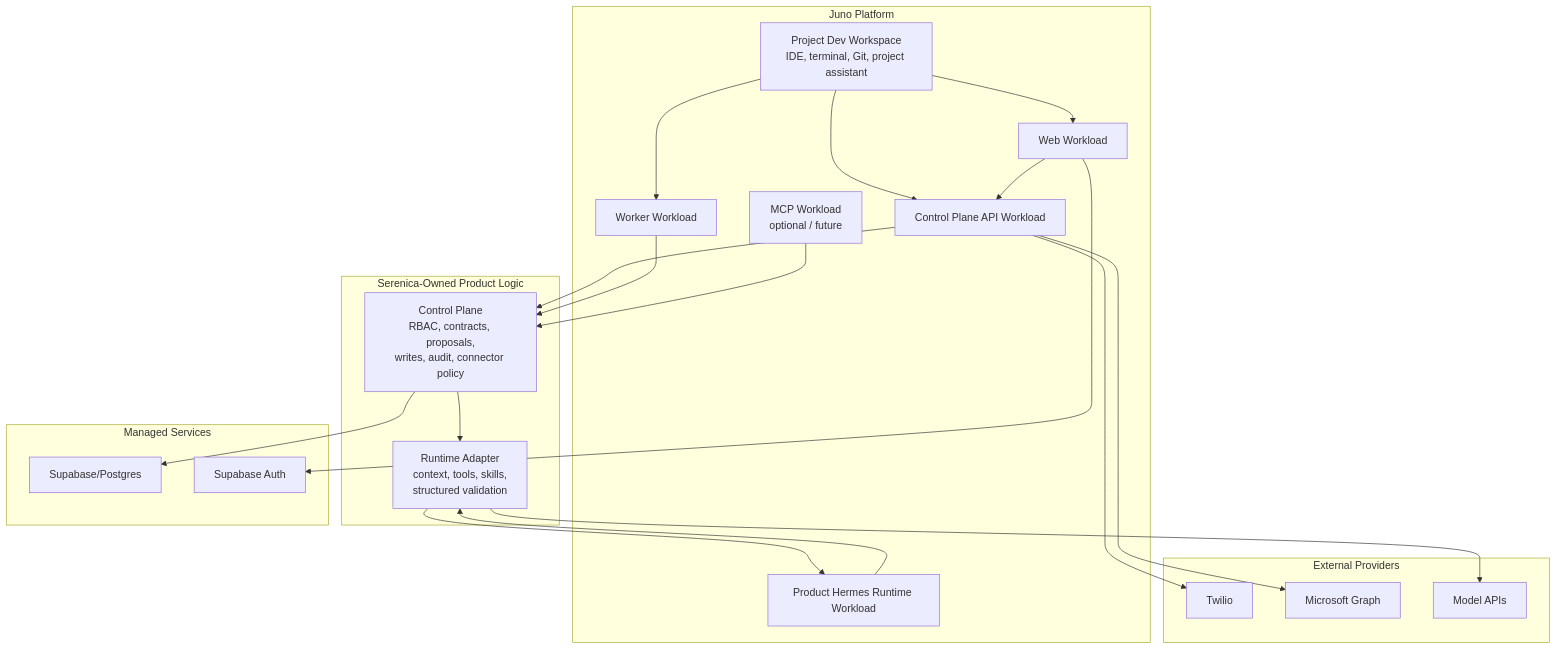
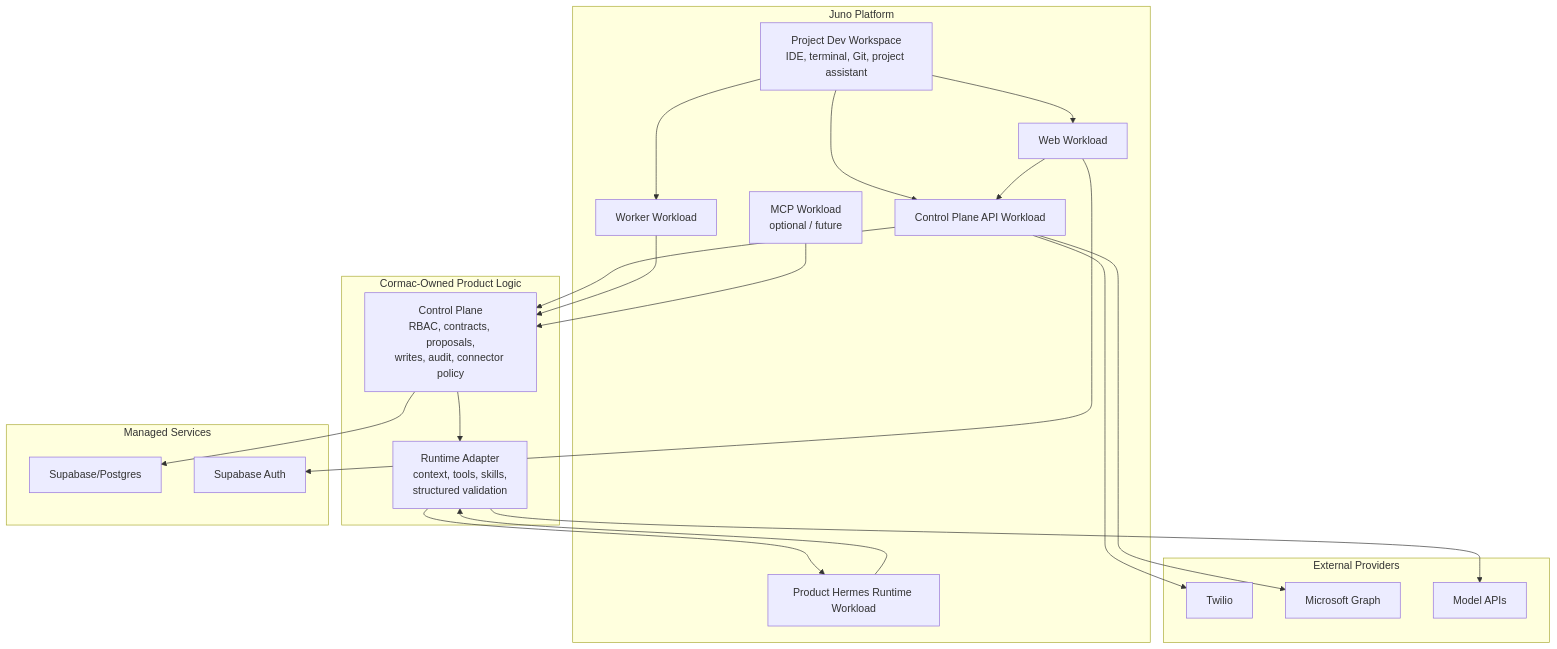
The diagram in docs/research/juno-orchestration-platform-evaluation.md (Serenica-Digital/Cormac), drawn with Mermaid before and after one commit. The commit also changed other lines of this file and 20 other files, not shown here.

First line of the commit message:
Rename product references: Serenica Digital is the LLC, Cormac is the product

````diff
--- a/docs/research/juno-orchestration-platform-evaluation.md
+++ b/docs/research/juno-orchestration-platform-evaluation.md
@@ -144,43 +144,43 @@
 ```mermaid
 flowchart TB
   subgraph juno["Juno Platform"]
     dev["Project Dev Workspace\nIDE, terminal, Git, project assistant"]
     web["Web Workload"]
     api["Control Plane API Workload"]
     worker["Worker Workload"]
     runtime["Product Hermes Runtime Workload"]
     mcp["MCP Workload\noptional / future"]
   end
 
-  subgraph serenica["Serenica-Owned Product Logic"]
+  subgraph serenica["Cormac-Owned Product Logic"]
     control["Control Plane\nRBAC, contracts, proposals,\nwrites, audit, connector policy"]
     adapter["Runtime Adapter\ncontext, tools, skills,\nstructured validation"]
   end
 
   subgraph managed["Managed Services"]
     supabase["Supabase/Postgres"]
     auth["Supabase Auth"]
   end
 
   subgraph providers["External Providers"]
     twilio["Twilio"]
     microsoft["Microsoft Graph"]
     models["Model APIs"]
   end
 
   dev --> web
   dev --> api
   dev --> worker
   web --> auth
   web --> api
   api --> control
   worker --> control
   mcp --> control
   control --> supabase
   control --> adapter
   adapter --> runtime
   runtime --> adapter
   api --> twilio
   api --> microsoft
   adapter --> models
 ```
````
